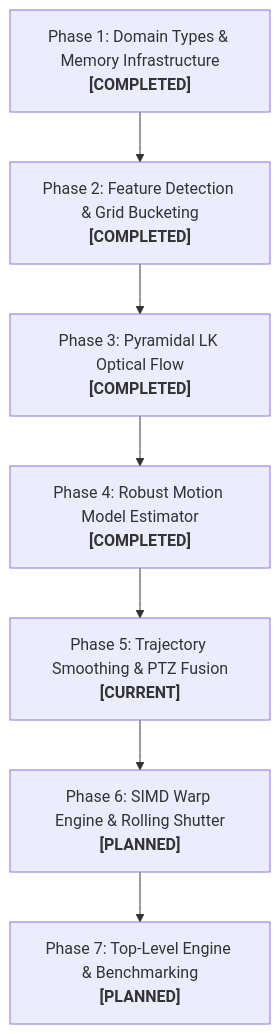
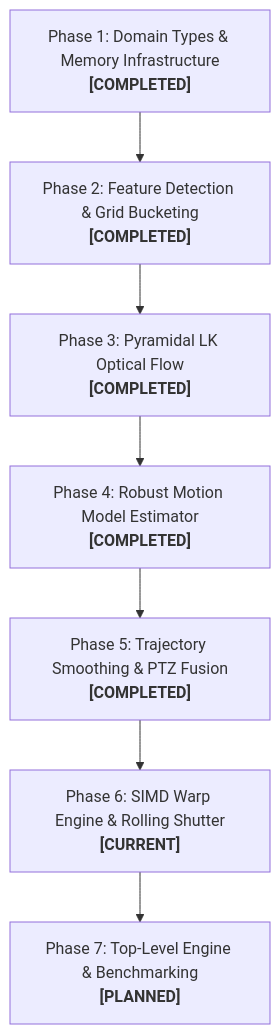
The third of 3 diagrams in docs/stabilizer_implementation_plan.md (svagionitis/PelcoD-Controller), drawn with Mermaid before and after one commit. The commit also changed other lines of this file and 6 other files, not shown here.

First line of the commit message:
feat(stabilizer): add trajectory filter and PTZ fusion

````diff
--- a/docs/stabilizer_implementation_plan.md
+++ b/docs/stabilizer_implementation_plan.md
@@ -345,9 +345,9 @@
 ```mermaid
 flowchart TD
     P1["Phase 1: Domain Types & Memory Infrastructure<br/><b>[COMPLETED]</b>"] --> P2["Phase 2: Feature Detection & Grid Bucketing<br/><b>[COMPLETED]</b>"]
     P2 --> P3["Phase 3: Pyramidal LK Optical Flow<br/><b>[COMPLETED]</b>"]
     P3 --> P4["Phase 4: Robust Motion Model Estimator<br/><b>[COMPLETED]</b>"]
-    P4 --> P5["Phase 5: Trajectory Smoothing & PTZ Fusion<br/><b>[CURRENT]</b>"]
-    P5 --> P6["Phase 6: SIMD Warp Engine & Rolling Shutter<br/><b>[PLANNED]</b>"]
+    P4 --> P5["Phase 5: Trajectory Smoothing & PTZ Fusion<br/><b>[COMPLETED]</b>"]
+    P5 --> P6["Phase 6: SIMD Warp Engine & Rolling Shutter<br/><b>[CURRENT]</b>"]
     P6 --> P7["Phase 7: Top-Level Engine & Benchmarking<br/><b>[PLANNED]</b>"]
 ```
````
